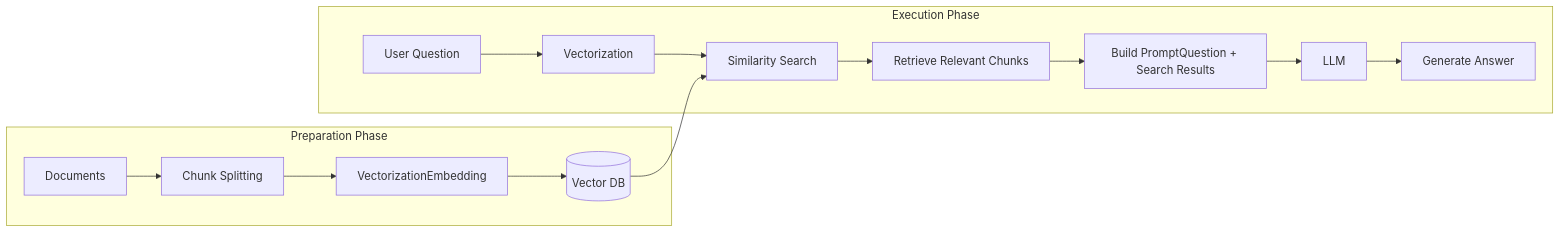
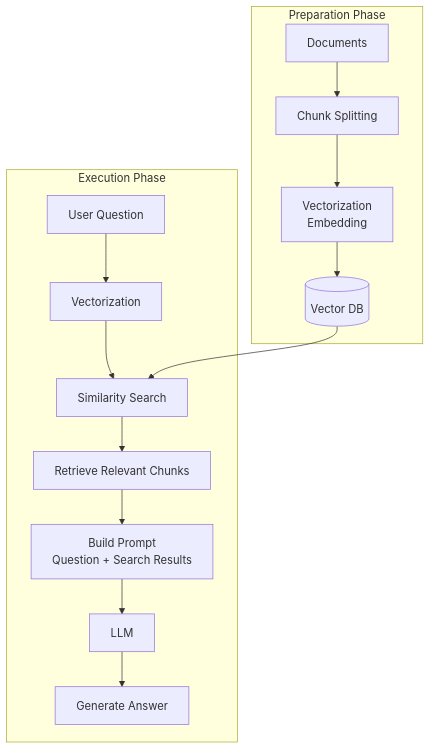
The third of 13 diagrams in docs/concepts/04-ai-design-patterns.md (shuji-bonji/ai-agent-architecture), drawn with Mermaid before and after one commit. The commit also changed other lines of this file and 8 other files, not shown here.

````diff
--- a/docs/concepts/04-ai-design-patterns.md
+++ b/docs/concepts/04-ai-design-patterns.md
@@ -70,18 +109,18 @@
 ```mermaid
-flowchart LR
+flowchart TB
     subgraph PrepPhase["Preparation Phase"]
         D[Documents] --> C[Chunk Splitting]
-        C --> E[Vectorization<bn>Embedding]
+        C --> E[Vectorization<br>Embedding]
         E --> V[(Vector DB)]
     end
 
     subgraph ExecPhase["Execution Phase"]
         Q[User Question] --> QE[Vectorization]
         QE --> S[Similarity Search]
         V --> S
         S --> R[Retrieve Relevant Chunks]
-        R --> P[Build Prompt<bn>Question + Search Results]
+        R --> P[Build Prompt<br>Question + Search Results]
         P --> L[LLM]
         L --> A[Generate Answer]
     end
 ```
````
